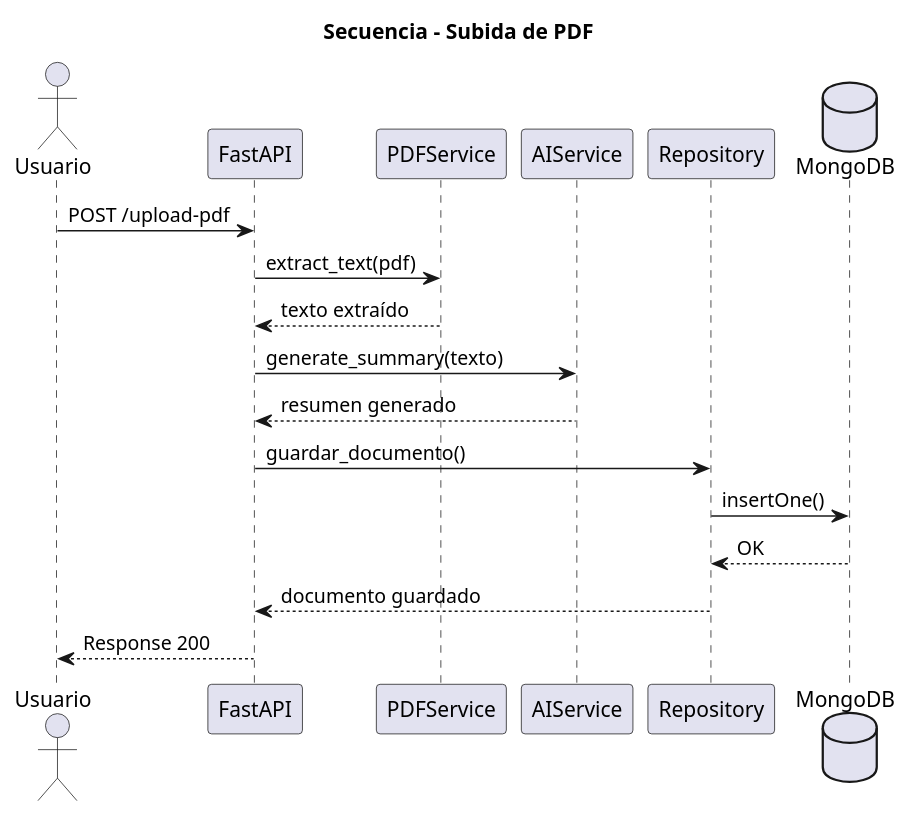
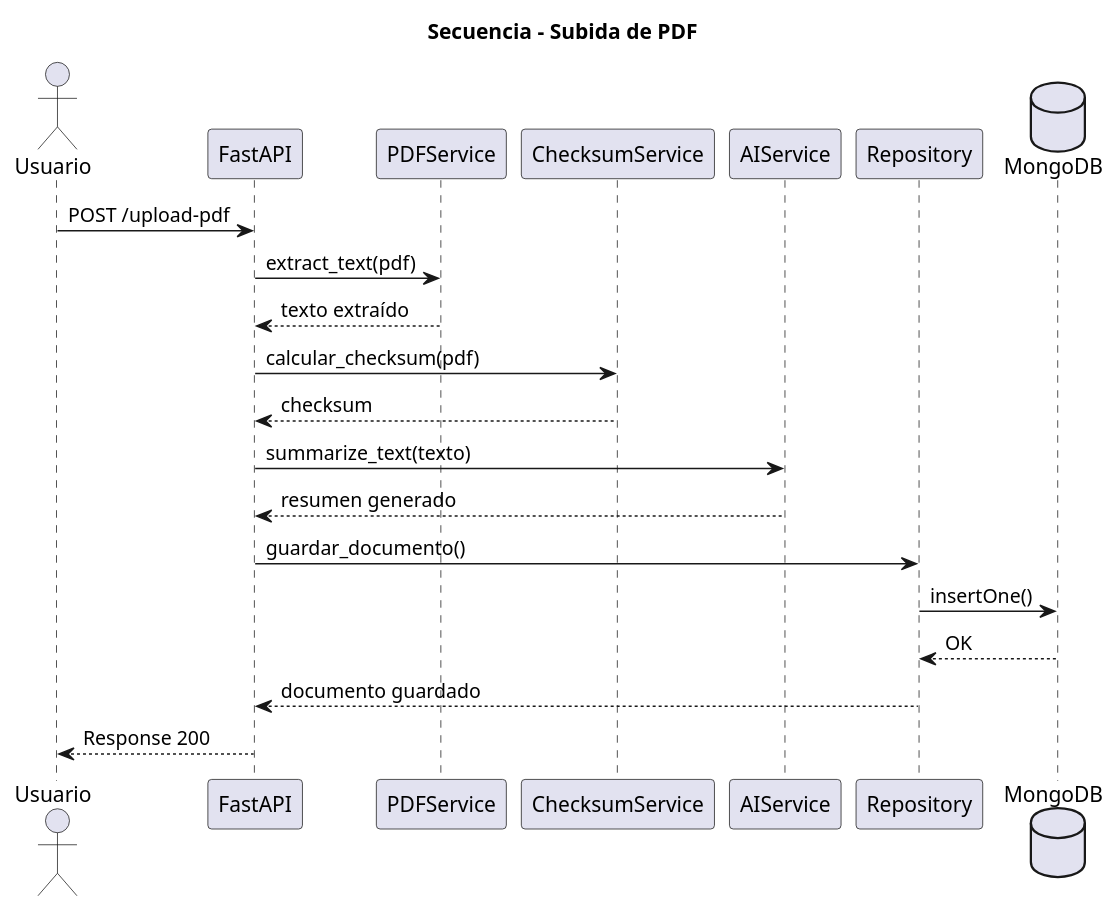
The diagram in documents/diagrams/sequence_diagram.puml (mmartimolina/pdf-extractext), drawn with PlantUML before and after one commit. The commit also changed 1 other file, not shown here.

Commit message:
Actualizar diagramas UML según arquitectura actual

```diff
--- a/documents/diagrams/sequence_diagram.puml
+++ b/documents/diagrams/sequence_diagram.puml
@@ -1,30 +1,35 @@
 @startuml sequence_diagram
 
 title Secuencia - Subida de PDF
 
 actor Usuario
 
 participant FastAPI
 participant PDFService
+participant ChecksumService
 participant AIService
 participant Repository
 database MongoDB
 
 Usuario -> FastAPI : POST /upload-pdf
 
 FastAPI -> PDFService : extract_text(pdf)
 PDFService --> FastAPI : texto extraído
 
-FastAPI -> AIService : generate_summary(texto)
+FastAPI -> ChecksumService : calcular_checksum(pdf)
+ChecksumService --> FastAPI : checksum
+
+FastAPI -> AIService : summarize_text(texto)
 AIService --> FastAPI : resumen generado
 
 FastAPI -> Repository : guardar_documento()
 
 Repository -> MongoDB : insertOne()
 
 MongoDB --> Repository : OK
+
 Repository --> FastAPI : documento guardado
 
 FastAPI --> Usuario : Response 200
 
 @enduml
```
